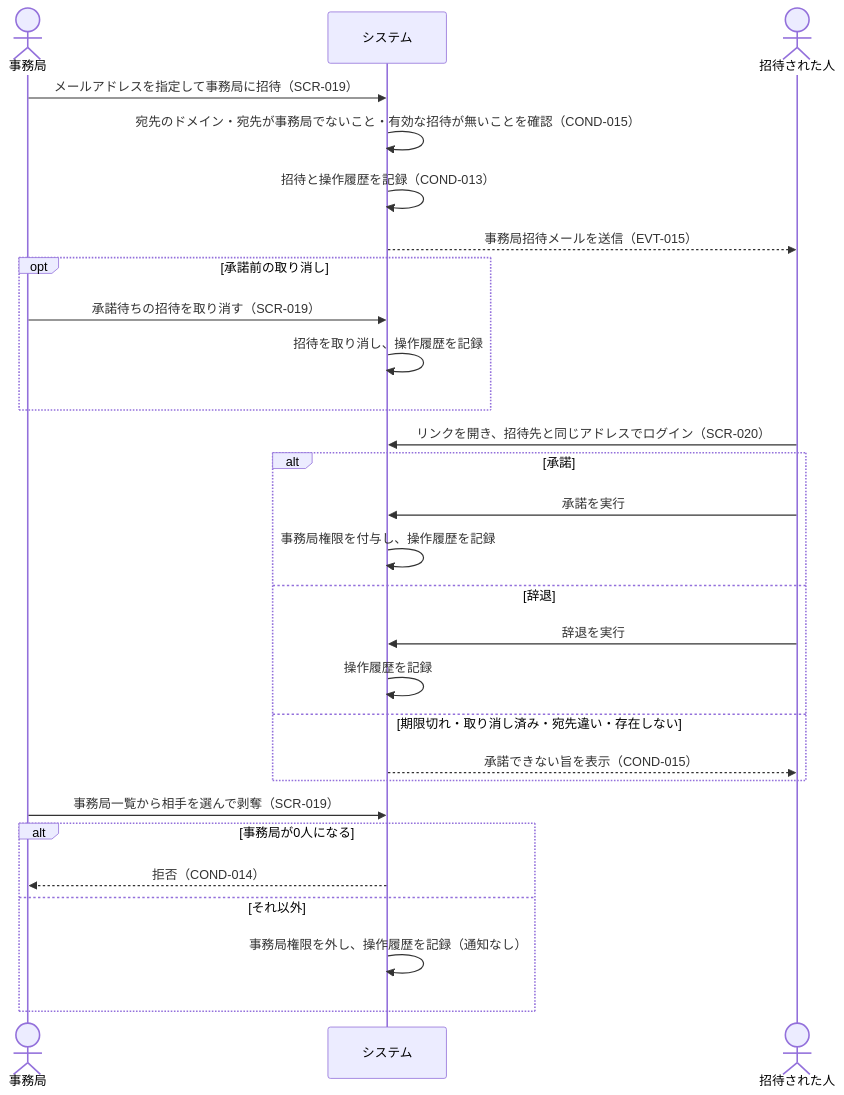
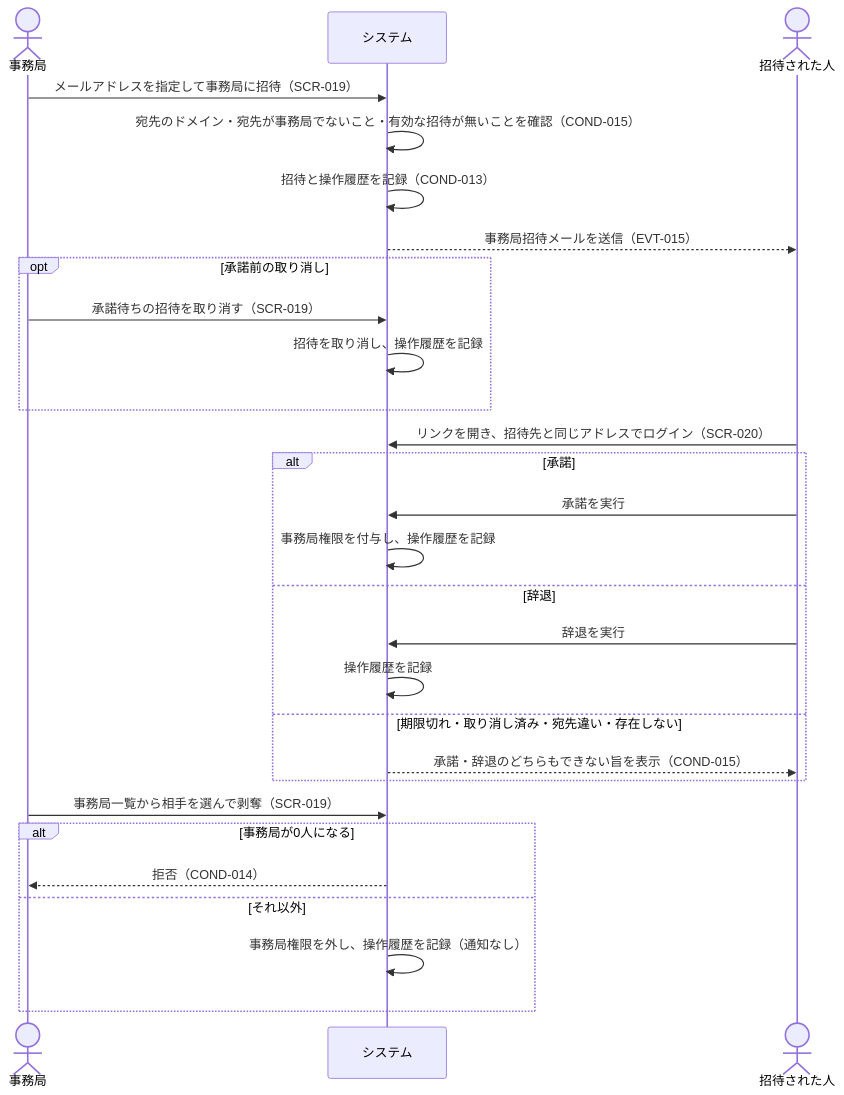
Before and after one commit to gdsc-osaka/iclub-reserve: the sixth of 9 diagrams in rdra/contexts/user-authentication.md, drawn with Mermaid. The commit also changed other lines of this file and 5 other files, not shown here.

````diff
--- a/rdra/contexts/user-authentication.md
+++ b/rdra/contexts/user-authentication.md
@@ -466,32 +466,32 @@
 ```mermaid
 sequenceDiagram
     actor 事務局
     participant システム
     actor 招待された人
 
     事務局->>システム: メールアドレスを指定して事務局に招待（SCR-019）
     システム->>システム: 宛先のドメイン・宛先が事務局でないこと・有効な招待が無いことを確認（COND-015）
     システム->>システム: 招待と操作履歴を記録（COND-013）
     システム-->>招待された人: 事務局招待メールを送信（EVT-015）
     opt 承諾前の取り消し
         事務局->>システム: 承諾待ちの招待を取り消す（SCR-019）
         システム->>システム: 招待を取り消し、操作履歴を記録
     end
     招待された人->>システム: リンクを開き、招待先と同じアドレスでログイン（SCR-020）
     alt 承諾
         招待された人->>システム: 承諾を実行
         システム->>システム: 事務局権限を付与し、操作履歴を記録
     else 辞退
         招待された人->>システム: 辞退を実行
         システム->>システム: 操作履歴を記録
     else 期限切れ・取り消し済み・宛先違い・存在しない
-        システム-->>招待された人: 承諾できない旨を表示（COND-015）
+        システム-->>招待された人: 承諾・辞退のどちらもできない旨を表示（COND-015）
     end
 
     事務局->>システム: 事務局一覧から相手を選んで剥奪（SCR-019）
     alt 事務局が0人になる
         システム-->>事務局: 拒否（COND-014）
     else それ以外
         システム->>システム: 事務局権限を外し、操作履歴を記録（通知なし）
     end
 ```
````
